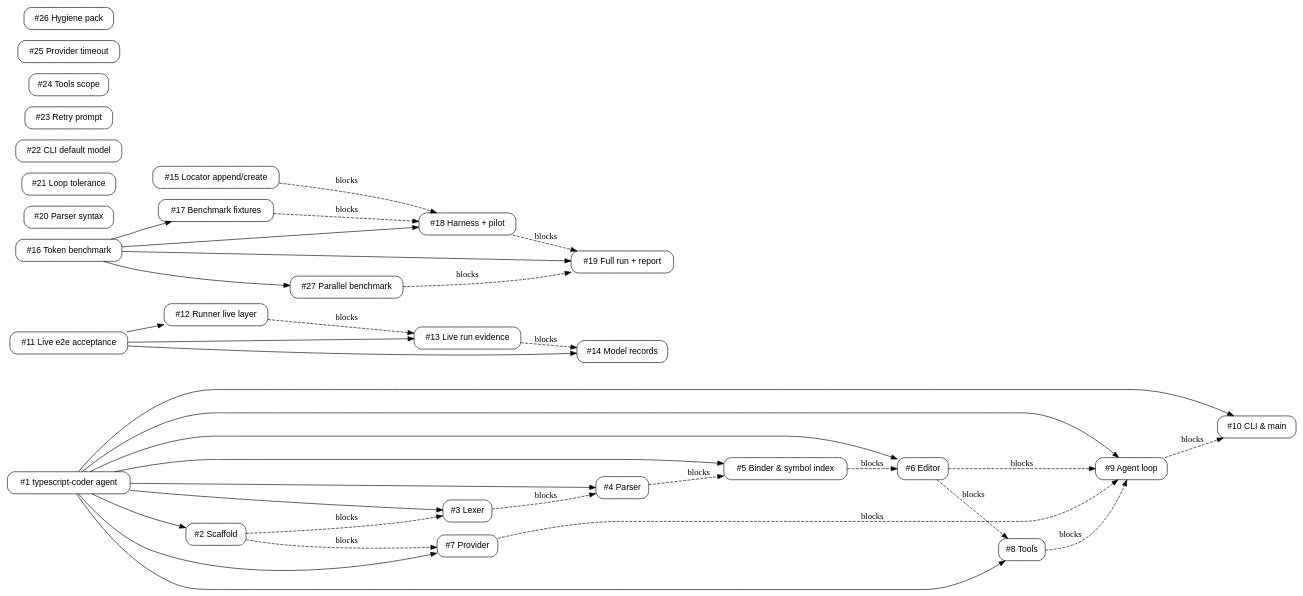
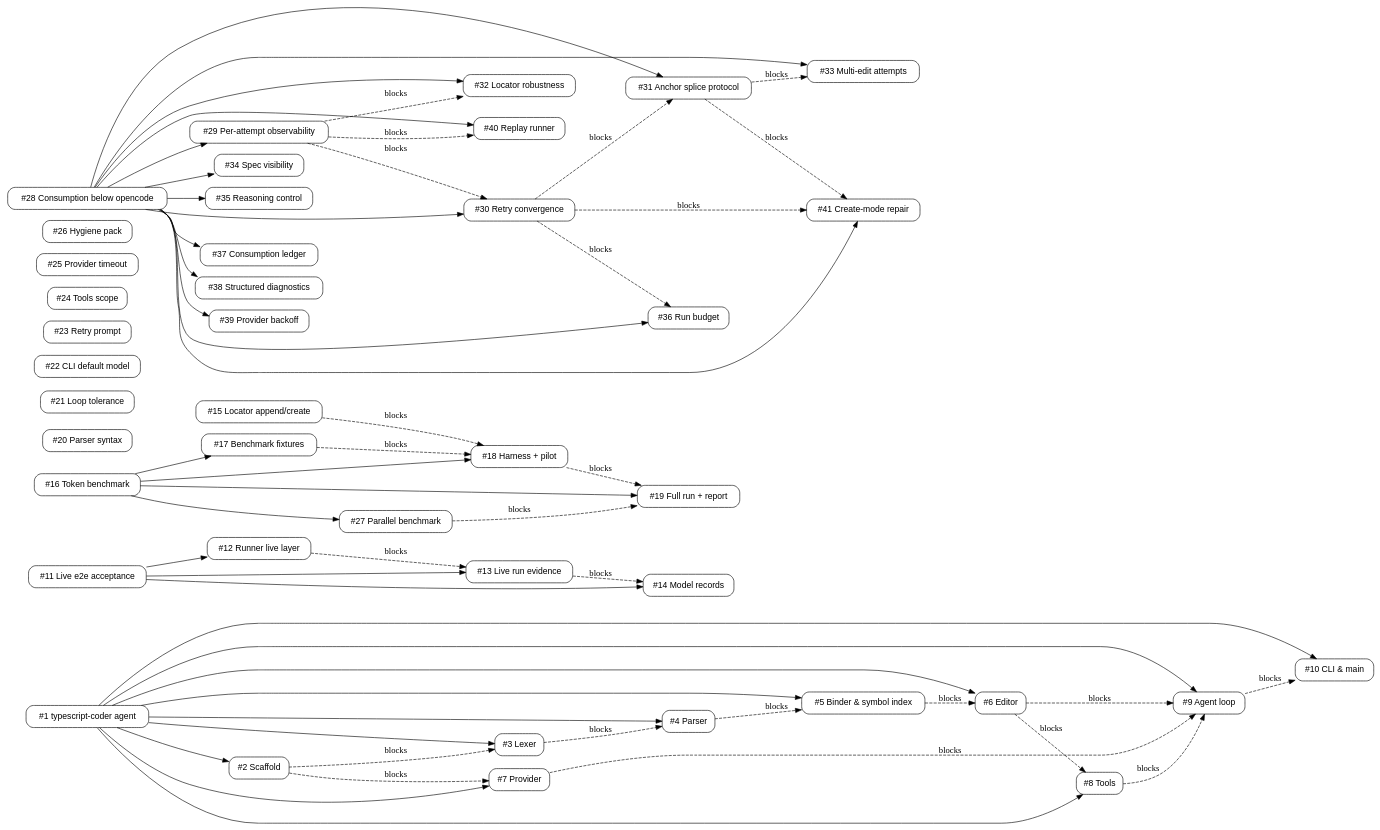
One commit to illusory0x0/typescript-coder changed the diagram in issues/readme.md. Above: the diagram before and after it, drawn with Graphviz. The commit also changed 15 other files, not shown here.

````diff
--- a/issues/readme.md
+++ b/issues/readme.md
@@ -37,6 +37,21 @@
 
   "27" [label="#27 Parallel benchmark"];
 
+  "28" [label="#28 Consumption below opencode"];
+  "29" [label="#29 Per-attempt observability"];
+  "30" [label="#30 Retry convergence"];
+  "31" [label="#31 Anchor splice protocol"];
+  "32" [label="#32 Locator robustness"];
+  "33" [label="#33 Multi-edit attempts"];
+  "34" [label="#34 Spec visibility"];
+  "35" [label="#35 Reasoning control"];
+  "36" [label="#36 Run budget"];
+  "37" [label="#37 Consumption ledger"];
+  "38" [label="#38 Structured diagnostics"];
+  "39" [label="#39 Provider backoff"];
+  "40" [label="#40 Replay runner"];
+  "41" [label="#41 Create-mode repair"];
+
   // tree edges (parent -> child), solid
   "1" -> "2";
   "1" -> "3";
@@ -54,6 +69,19 @@
   "16" -> "18";
   "16" -> "19";
   "16" -> "27";
+  "28" -> "29";
+  "28" -> "30";
+  "28" -> "31";
+  "28" -> "32";
+  "28" -> "33";
+  "28" -> "34";
+  "28" -> "35";
+  "28" -> "36";
+  "28" -> "37";
+  "28" -> "38";
+  "28" -> "39";
+  "28" -> "40";
+  "28" -> "41";
 
   // dependency edges (blocker -> blocked), dashed
   "2" -> "3" [style=dashed, label="blocks"];
@@ -72,5 +100,13 @@
   "17" -> "18" [style=dashed, label="blocks"];
   "18" -> "19" [style=dashed, label="blocks"];
   "27" -> "19" [style=dashed, label="blocks"];
+  "29" -> "30" [style=dashed, label="blocks"];
+  "29" -> "32" [style=dashed, label="blocks"];
+  "29" -> "40" [style=dashed, label="blocks"];
+  "30" -> "31" [style=dashed, label="blocks"];
+  "30" -> "36" [style=dashed, label="blocks"];
+  "30" -> "41" [style=dashed, label="blocks"];
+  "31" -> "33" [style=dashed, label="blocks"];
+  "31" -> "41" [style=dashed, label="blocks"];
 }
 ```
````
